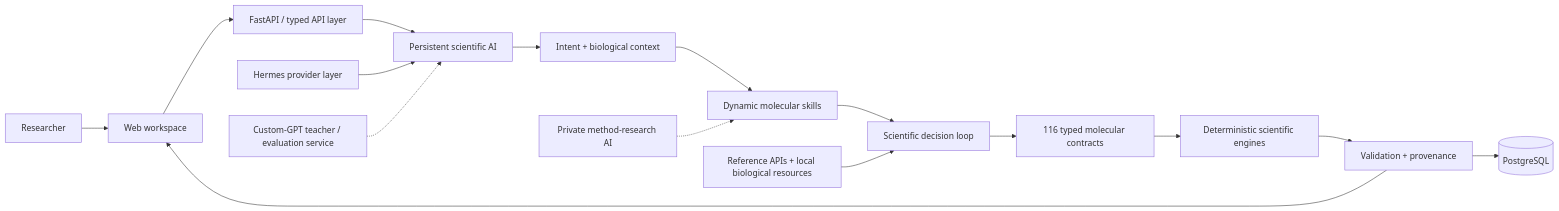
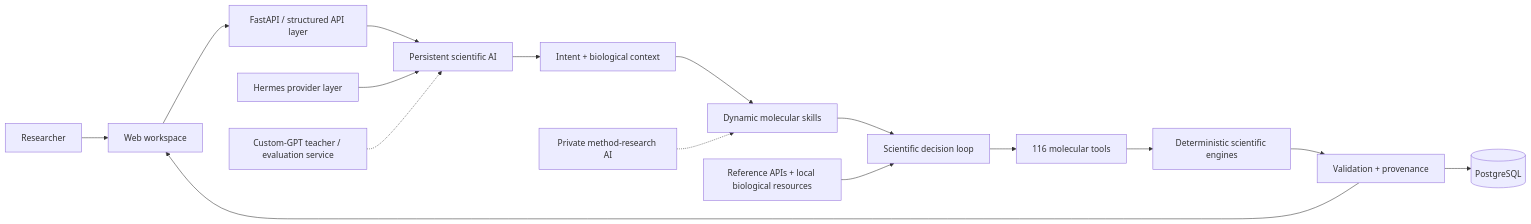
Before and after one commit to Niedharsan/labos-molecular-ai: the diagram in README.md, drawn with Mermaid. The commit also changed other lines of this file, not shown here.

````diff
--- a/README.md
+++ b/README.md
@@ -97,21 +89,21 @@
 ```mermaid
 flowchart LR
     U[Researcher] --> UI[Web workspace]
-    UI --> API[FastAPI / typed API layer]
+    UI --> API[FastAPI / structured API layer]
     API --> AI[Persistent scientific AI]
 
     AI --> R[Intent + biological context]
     R --> S[Dynamic molecular skills]
     S --> D[Scientific decision loop]
 
-    D --> T[116 typed molecular contracts]
+    D --> T[116 molecular tools]
     T --> E[Deterministic scientific engines]
     E --> V[Validation + provenance]
     V --> DB[(PostgreSQL)]
     V --> UI
 
     X[Reference APIs + local biological resources] --> D
     H[Hermes provider layer] --> AI
     C[Custom-GPT teacher / evaluation service] -.-> AI
     Q[Private method-research AI] -.-> S
 ```
````
